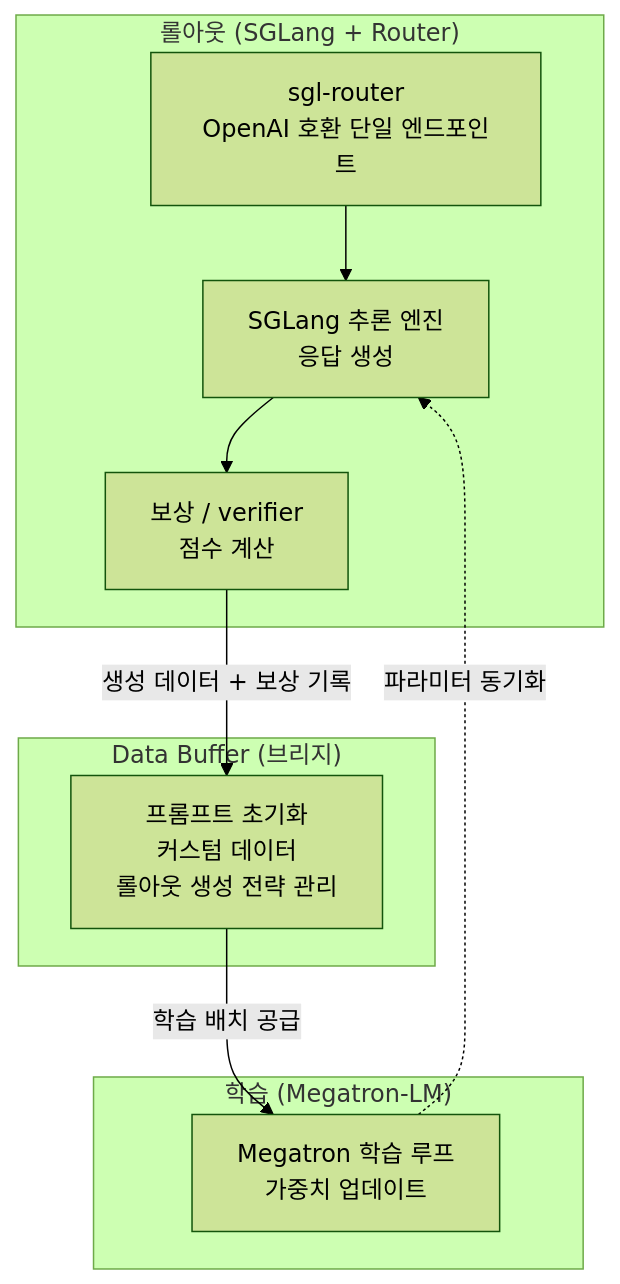
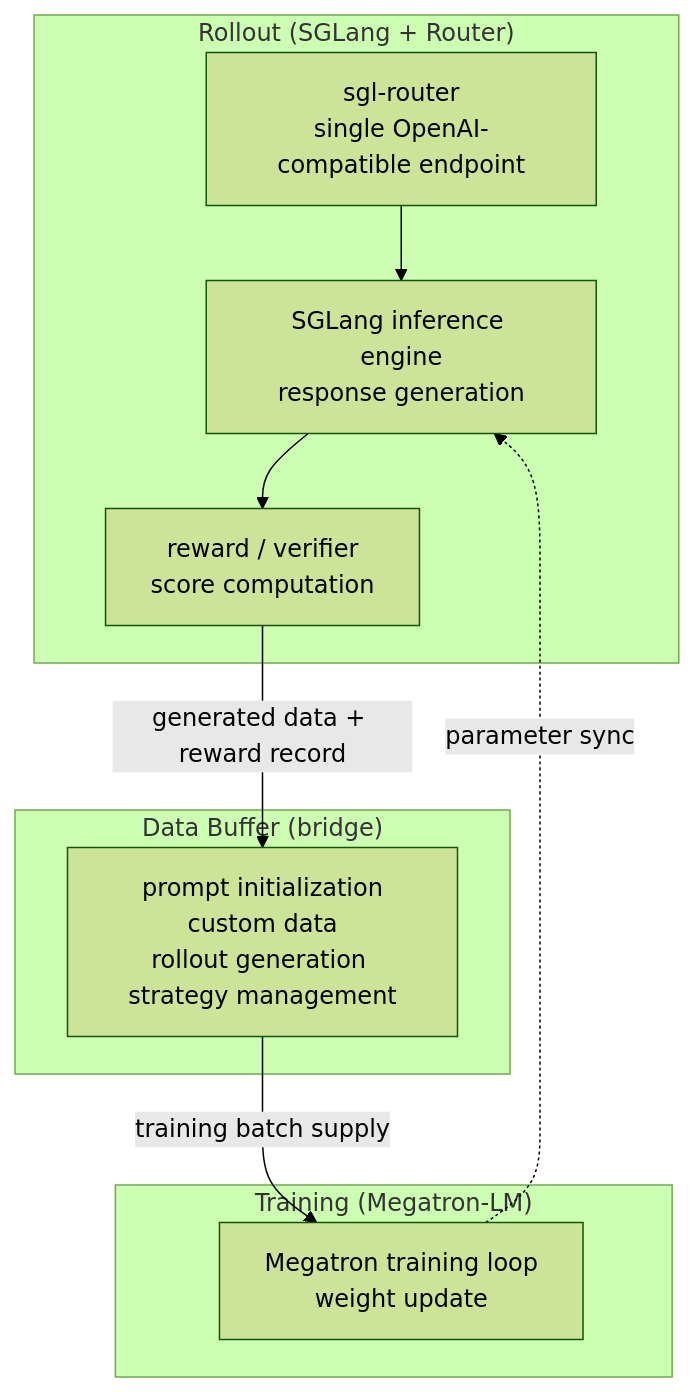
One commit to ThakiCloud/thakicloud.github.io changed the diagram in _posts/en/llmops/2026-06-27-glm52-slime-rl-framework.md. Above: the diagram before and after it, drawn with Mermaid (forest theme). The commit also changed 21 other files, not shown here.

First line of the commit message:
fix(blog): translate mermaid labels to post language (en/ar)

````diff
--- a/_posts/en/llmops/2026-06-27-glm52-slime-rl-framework.md
+++ b/_posts/en/llmops/2026-06-27-glm52-slime-rl-framework.md
@@ -46,20 +46,20 @@
 ```mermaid
 flowchart TB
-    subgraph ROLLOUT["롤아웃 (SGLang + Router)"]
-        SGL["SGLang 추론 엔진<br/>응답 생성"]
-        RT["sgl-router<br/>OpenAI 호환 단일 엔드포인트"]
-        RW["보상 / verifier<br/>점수 계산"]
+    subgraph ROLLOUT["Rollout (SGLang + Router)"]
+        SGL["SGLang inference engine<br/>response generation"]
+        RT["sgl-router<br/>single OpenAI-compatible endpoint"]
+        RW["reward / verifier<br/>score computation"]
     end
-    subgraph BUFFER["Data Buffer (브리지)"]
-        DB["프롬프트 초기화<br/>커스텀 데이터<br/>롤아웃 생성 전략 관리"]
+    subgraph BUFFER["Data Buffer (bridge)"]
+        DB["prompt initialization<br/>custom data<br/>rollout generation strategy management"]
     end
-    subgraph TRAIN["학습 (Megatron-LM)"]
-        MG["Megatron 학습 루프<br/>가중치 업데이트"]
+    subgraph TRAIN["Training (Megatron-LM)"]
+        MG["Megatron training loop<br/>weight update"]
     end
 
     RT --> SGL
     SGL --> RW
-    RW -->|"생성 데이터 + 보상 기록"| DB
-    DB -->|"학습 배치 공급"| MG
-    MG -.->|"파라미터 동기화"| SGL
+    RW -->|"generated data + reward record"| DB
+    DB -->|"training batch supply"| MG
+    MG -.->|"parameter sync"| SGL
 ```
````
